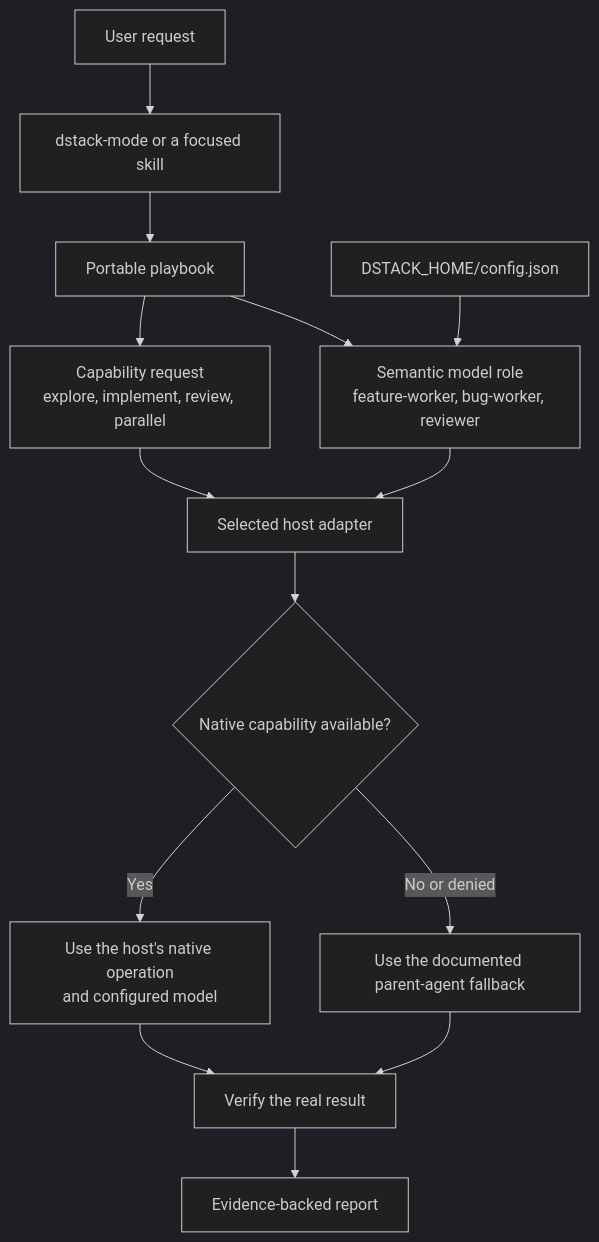
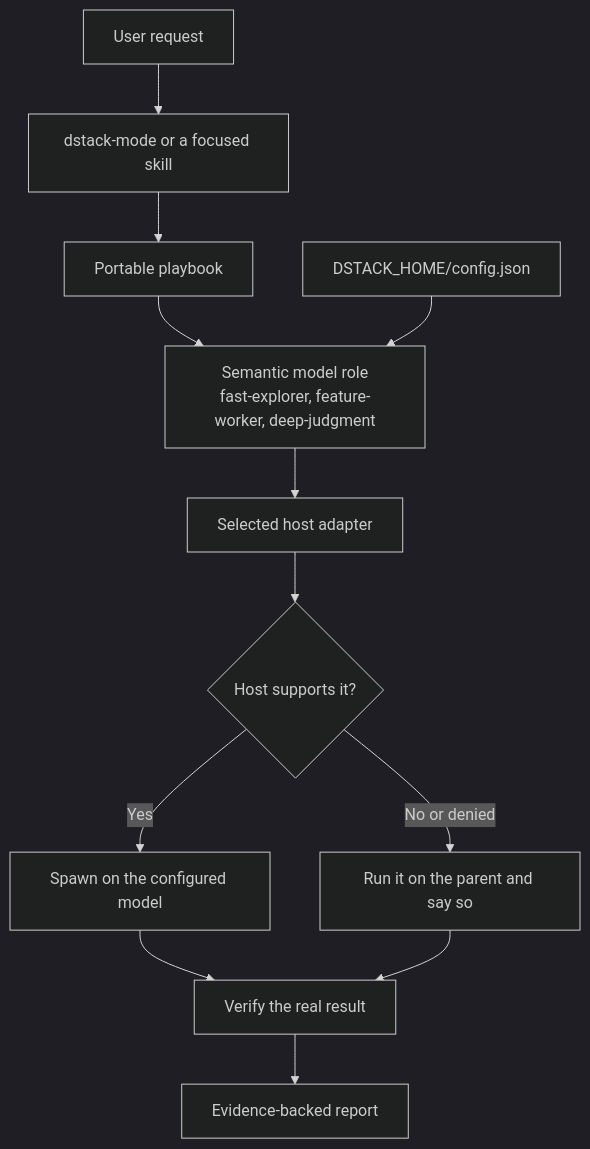
The first of 2 diagrams in README.md (dimitriskourg/dstack), drawn with Mermaid (dark theme) before and after one commit. The commit also changed other lines of this file and 4 other files, not shown here.

````diff
--- a/README.md
+++ b/README.md
@@ -20,16 +21,14 @@
 ```mermaid
 flowchart TD
     U["User request"] --> M["dstack-mode or a focused skill"]
     M --> P["Portable playbook"]
-    P --> C["Capability request<br/>explore, implement, review, parallel"]
-    P --> R["Semantic model role<br/>feature-worker, bug-worker, reviewer"]
+    P --> R["Semantic model role<br/>fast-explorer, feature-worker, deep-judgment"]
     F["DSTACK_HOME/config.json"] --> R
-    C --> A["Selected host adapter"]
-    R --> A
-    A --> Q{"Native capability available?"}
-    Q -- "Yes" --> N["Use the host's native operation<br/>and configured model"]
-    Q -- "No or denied" --> B["Use the documented parent-agent fallback"]
+    R --> A["Selected host adapter"]
+    A --> Q{"Host supports it?"}
+    Q -- "Yes" --> N["Spawn on the configured model"]
+    Q -- "No or denied" --> B["Run it on the parent and say so"]
     N --> V["Verify the real result"]
     B --> V
     V --> O["Evidence-backed report"]
 ```
````
